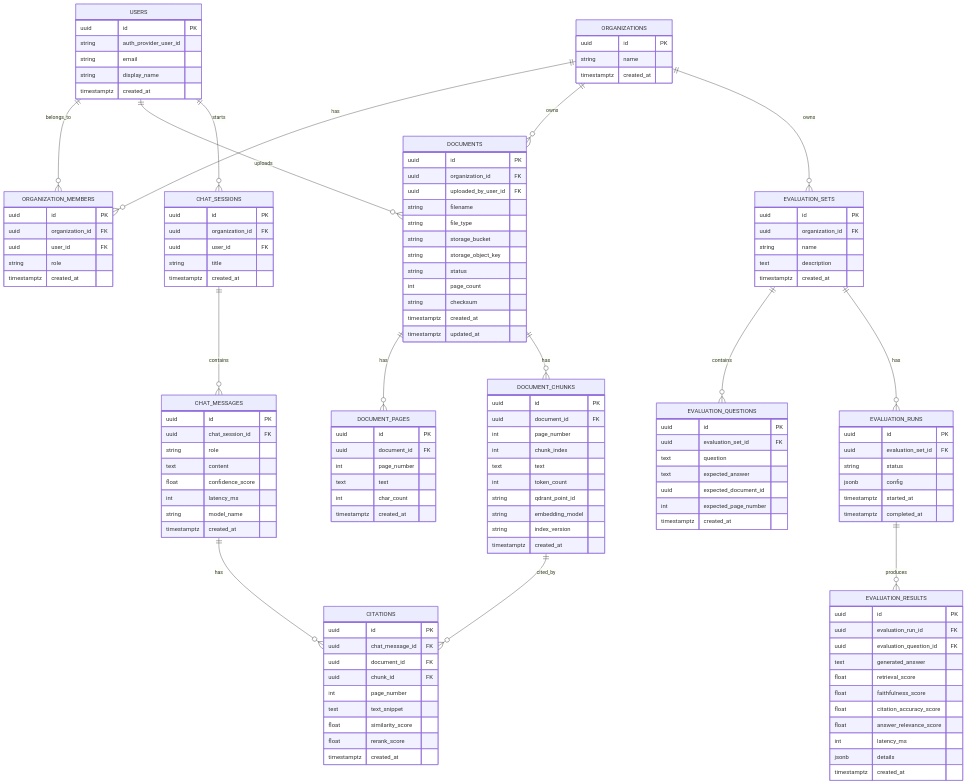
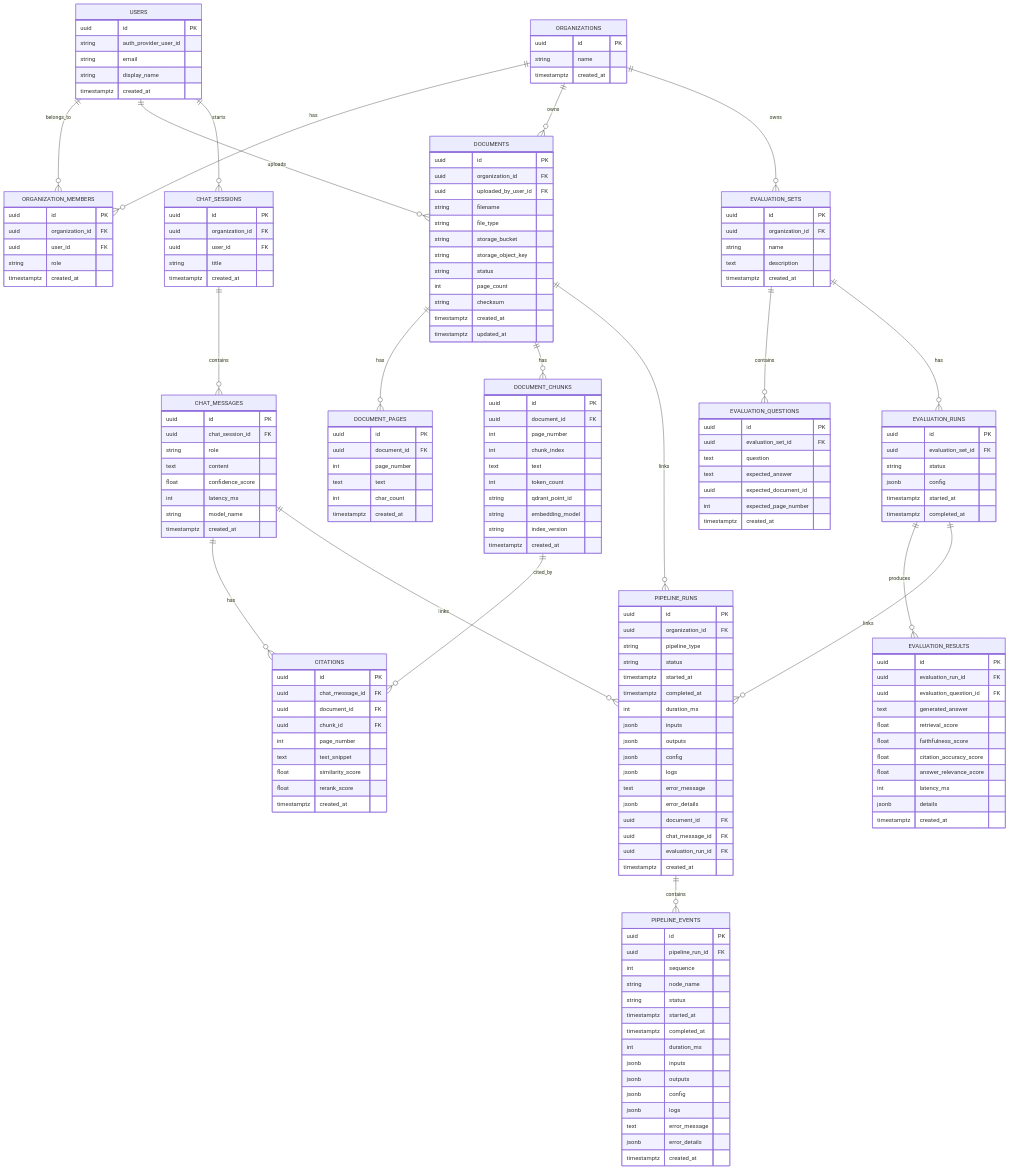
Before and after one commit to meghrazchi/rudix: the diagram in docs/06_DATABASE_SCHEMA.md, drawn with Mermaid. The commit also changed other lines of this file and 18 other files, not shown here.

Commit message:
feat(pipeline): [rudix#38] add pipeline run/event storage with sanitized document-stage emission

````diff
--- a/docs/06_DATABASE_SCHEMA.md
+++ b/docs/06_DATABASE_SCHEMA.md
@@ -28,10 +28,14 @@
     USERS ||--o{ CHAT_SESSIONS : starts
     CHAT_SESSIONS ||--o{ CHAT_MESSAGES : contains
     CHAT_MESSAGES ||--o{ CITATIONS : has
+    CHAT_MESSAGES ||--o{ PIPELINE_RUNS : links
     ORGANIZATIONS ||--o{ EVALUATION_SETS : owns
     EVALUATION_SETS ||--o{ EVALUATION_QUESTIONS : contains
     EVALUATION_SETS ||--o{ EVALUATION_RUNS : has
     EVALUATION_RUNS ||--o{ EVALUATION_RESULTS : produces
+    EVALUATION_RUNS ||--o{ PIPELINE_RUNS : links
+    DOCUMENTS ||--o{ PIPELINE_RUNS : links
+    PIPELINE_RUNS ||--o{ PIPELINE_EVENTS : contains
 
     USERS {
         uuid id PK
@@ -163,4 +167,42 @@
         jsonb details
         timestamptz created_at
     }
+
+    PIPELINE_RUNS {
+        uuid id PK
+        uuid organization_id FK
+        string pipeline_type
+        string status
+        timestamptz started_at
+        timestamptz completed_at
+        int duration_ms
+        jsonb inputs
+        jsonb outputs
+        jsonb config
+        jsonb logs
+        text error_message
+        jsonb error_details
+        uuid document_id FK
+        uuid chat_message_id FK
+        uuid evaluation_run_id FK
+        timestamptz created_at
+    }
+
+    PIPELINE_EVENTS {
+        uuid id PK
+        uuid pipeline_run_id FK
+        int sequence
+        string node_name
+        string status
+        timestamptz started_at
+        timestamptz completed_at
+        int duration_ms
+        jsonb inputs
+        jsonb outputs
+        jsonb config
+        jsonb logs
+        text error_message
+        jsonb error_details
+        timestamptz created_at
+    }
 ```
````
